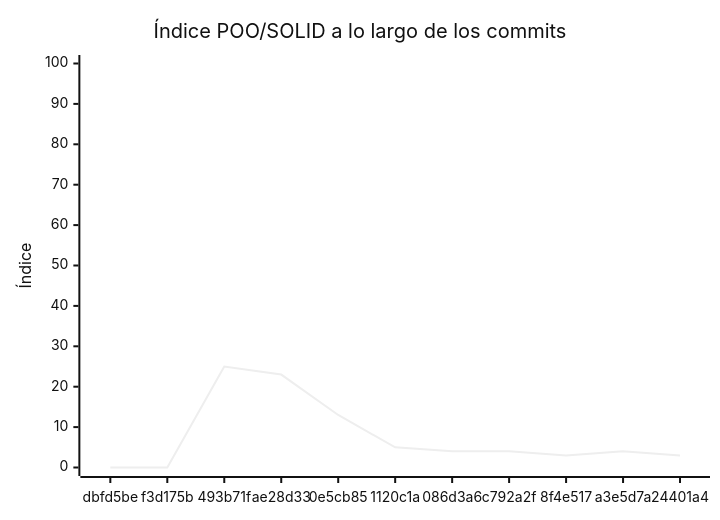
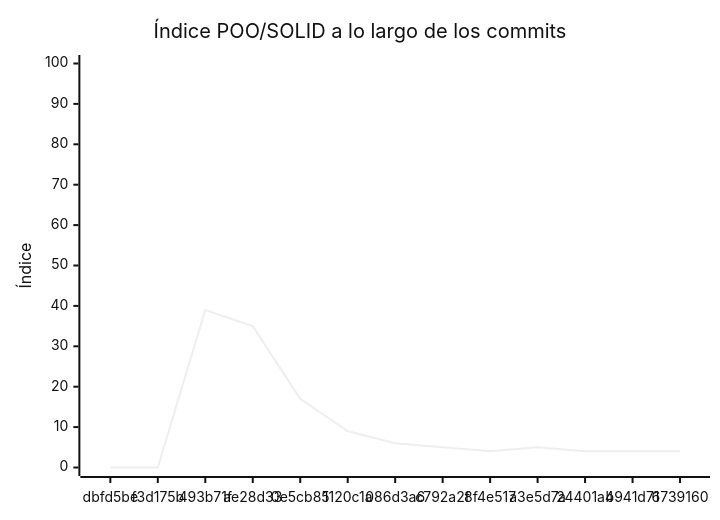
The diagram in docs/EVALUACION.md (nacho-baldasso-organizacion/Proyecto-Submarino-Prime), drawn with Mermaid (neutral theme) before and after one commit. The commit also changed other lines of this file and 1 other file, not shown here.

````diff
--- a/docs/EVALUACION.md
+++ b/docs/EVALUACION.md
@@ -338,7 +305,7 @@
 ```mermaid
 xychart-beta
     title "Índice POO/SOLID a lo largo de los commits"
-    x-axis ["dbfd5be", "f3d175b", "493b71f", "ae28d33", "0e5cb85", "1120c1a", "086d3a6", "c792a2f", "8f4e517", "a3e5d7a", "24401a4"]
+    x-axis ["dbfd5be", "f3d175b", "493b71f", "ae28d33", "0e5cb85", "1120c1a", "086d3a6", "c792a2f", "8f4e517", "a3e5d7a", "24401a4", "b941d71", "6739160"]
     y-axis "Índice" 0 --> 100
-    line [0, 0, 25, 23, 13, 5, 4, 4, 3, 4, 3]
+    line [0, 0, 39, 35, 17, 9, 6, 5, 4, 5, 4, 4, 4]
 ```
````
